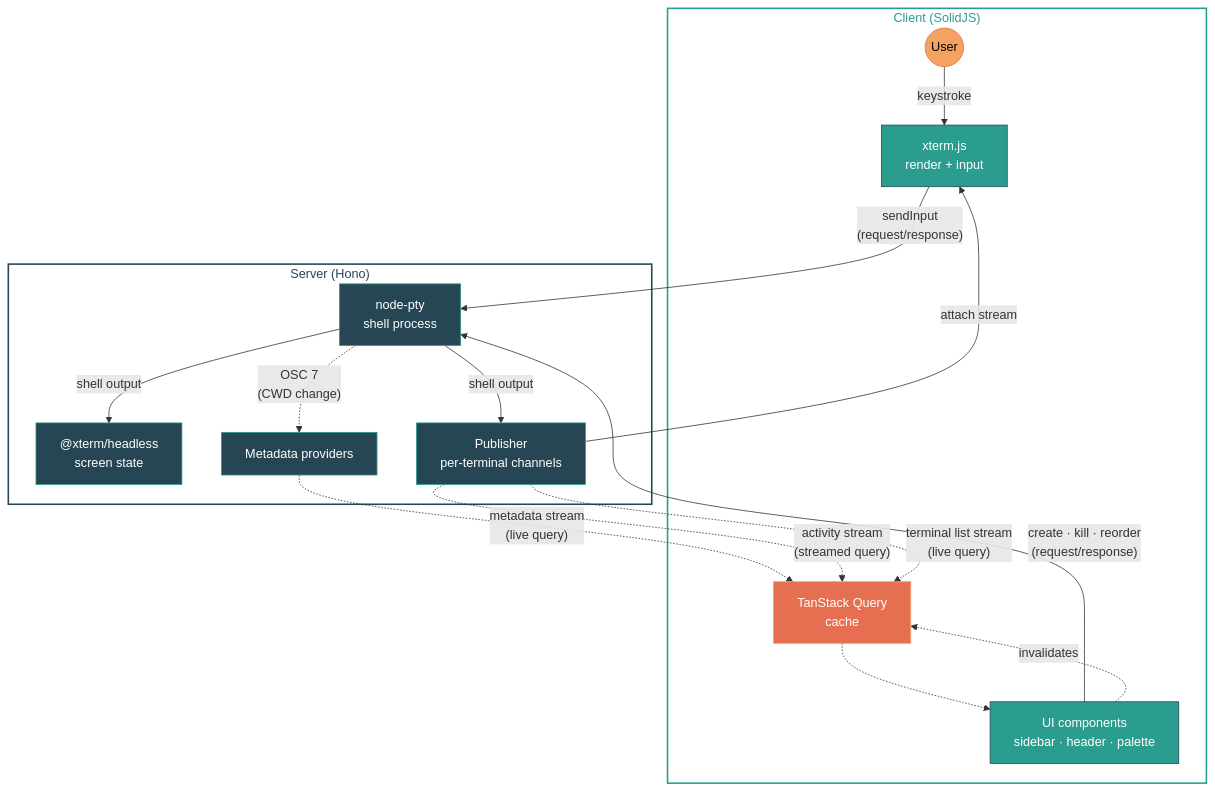
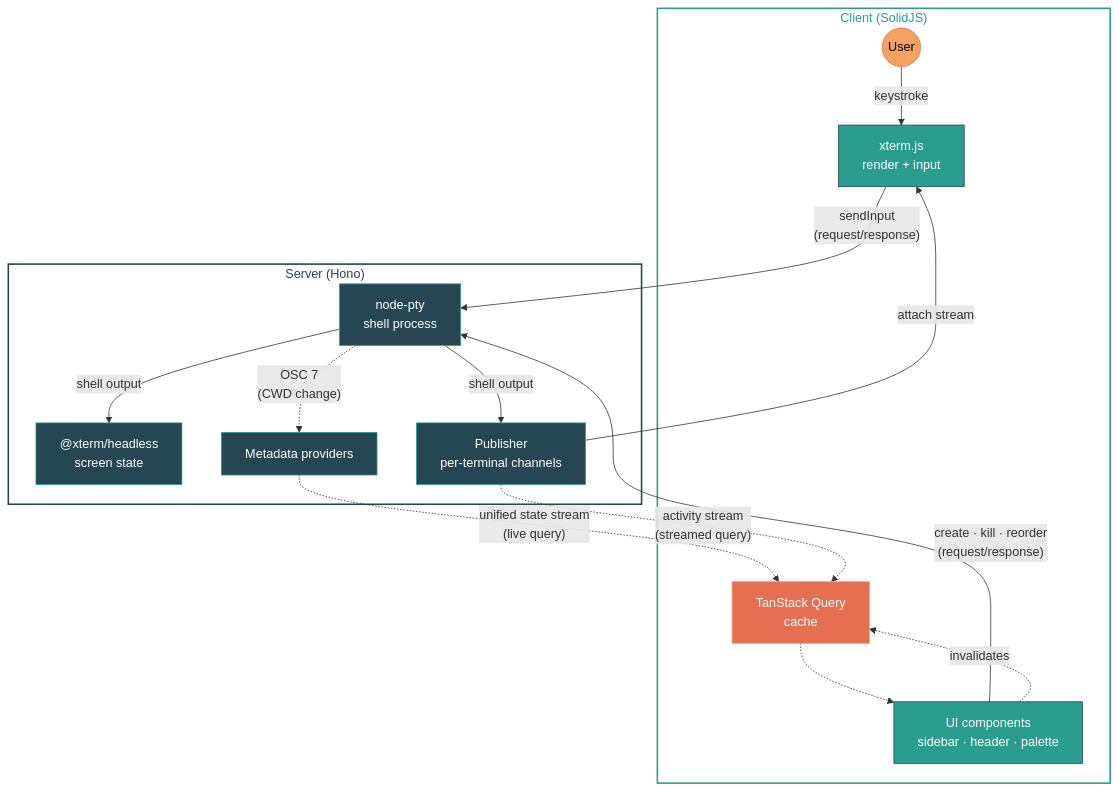
Before and after one commit to juspay/kolu: the diagram in README.md, drawn with Mermaid. The commit also changed other lines of this file and 12 other files, not shown here.

First line of the commit message:
feat: consolidate terminal list and metadata into unified state stream

````diff
--- a/README.md
+++ b/README.md
@@ -101,44 +101,41 @@
 ```mermaid
 flowchart TB
   subgraph Client["Client (SolidJS)"]
     User((User)):::user
     Xterm["xterm.js\nrender + input"]:::client
     TQ["TanStack Query\ncache"]:::cache
     UI["UI components\nsidebar · header · palette"]:::client
   end
 
   subgraph Server["Server (Hono)"]
     PTY["node-pty\nshell process"]:::server
     Headless["@xterm/headless\nscreen state"]:::server
     Pub["Publisher\nper-terminal channels"]:::server
     Providers["Metadata providers"]:::server
   end
 
   %% Terminal I/O loop
   User -->|"keystroke"| Xterm
   Xterm -->|"sendInput\n(request/response)"| PTY
   PTY -->|"shell output"| Headless
   PTY -->|"shell output"| Pub
   Pub -->|"attach stream"| Xterm
 
   %% Metadata loop
   PTY -.->|"OSC 7\n(CWD change)"| Providers
-  Providers -.->|"metadata stream\n(live query)"| TQ
+  Providers -.->|"unified state stream\n(live query)"| TQ
   Pub -.->|"activity stream\n(streamed query)"| TQ
   TQ -.-> UI
-
-  %% Terminal list (server-pushed on create/kill/reorder)
-  Pub -.->|"terminal list stream\n(live query)"| TQ
 
   %% User actions
   UI -->|"create · kill · reorder\n(request/response)"| PTY
   UI -.->|"invalidates"| TQ
 
   classDef user fill:#f4a261,stroke:#e76f51,color:#000
   classDef client fill:#2a9d8f,stroke:#264653,color:#fff
   classDef cache fill:#e76f51,stroke:#f4a261,color:#fff
   classDef server fill:#264653,stroke:#2a9d8f,color:#fff
 
   style Client fill:none,stroke:#2a9d8f,stroke-width:2px,color:#2a9d8f
   style Server fill:none,stroke:#264653,stroke-width:2px,color:#264653
 ```
````
